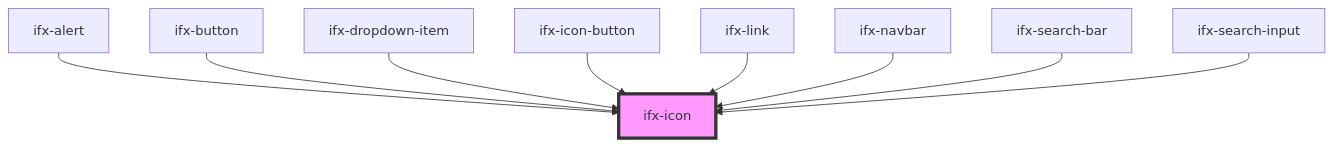
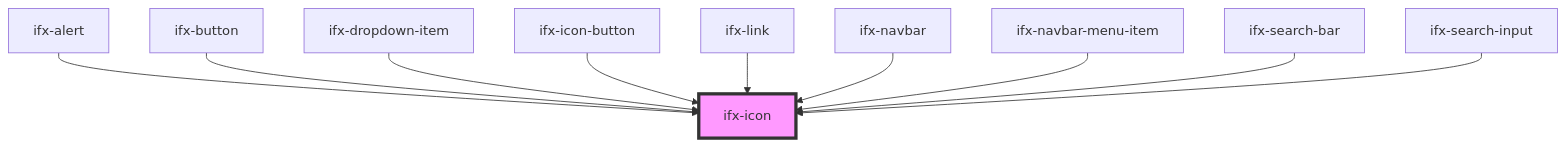
The diagram in src/components/icon/readme.md (Infineon/infineon-design-system-stencil), drawn with Mermaid before and after one commit. The commit also changed other lines of this file and 6 other files, not shown here.

````diff
--- a/src/components/icon/readme.md
+++ b/src/components/icon/readme.md
@@ -30,12 +31,13 @@
 ```mermaid
 graph TD;
   ifx-alert --> ifx-icon
   ifx-button --> ifx-icon
   ifx-dropdown-item --> ifx-icon
   ifx-icon-button --> ifx-icon
   ifx-link --> ifx-icon
   ifx-navbar --> ifx-icon
+  ifx-navbar-menu-item --> ifx-icon
   ifx-search-bar --> ifx-icon
   ifx-search-input --> ifx-icon
   style ifx-icon fill:#f9f,stroke:#333,stroke-width:4px
 ```
````
